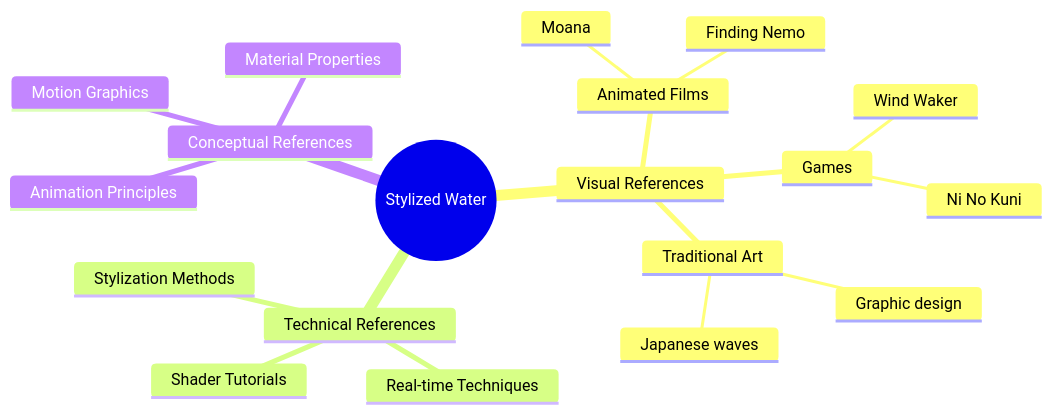
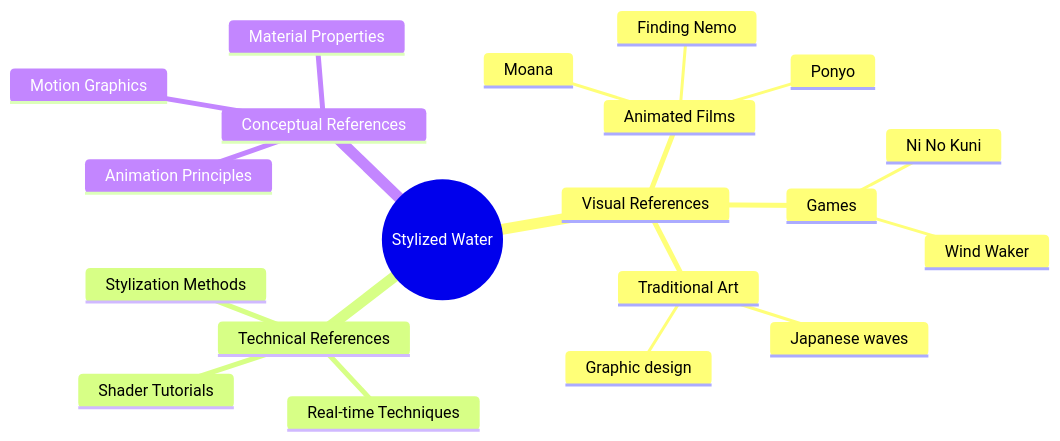
The third of 9 diagrams in GMAP 395/GMAP 395 - Guide - CT and CPS.md (dwoodjr/drexel-courses), drawn with Mermaid before and after one commit. The commit also changed other lines of this file and 12 other files, not shown here.

````diff
--- a/GMAP 395/GMAP 395 - Guide - CT and CPS.md
+++ b/GMAP 395/GMAP 395 - Guide - CT and CPS.md
@@ -185,23 +185,24 @@
 ```mermaid
 %%{init: {'theme':'light'}}%%
 mindmap
   root((Stylized Water))
     Visual References
       Animated Films
         Moana
         Finding Nemo
+        Ponyo
       Games
         Wind Waker
         Ni No Kuni
       Traditional Art
         Japanese waves
         Graphic design
     Technical References
       Shader Tutorials
       Real-time Techniques
       Stylization Methods
     Conceptual References
       Animation Principles
       Motion Graphics
       Material Properties
 ```
````
